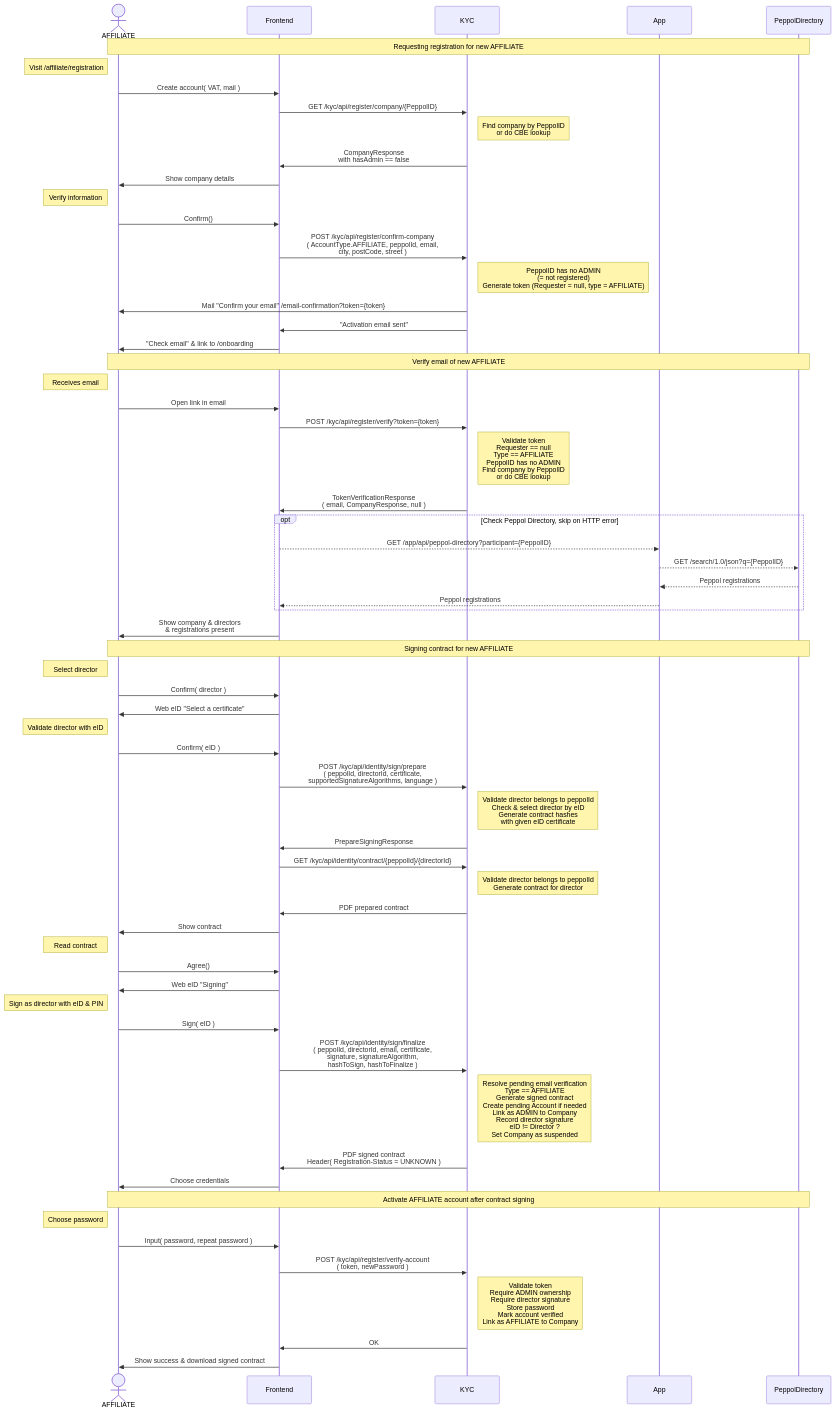
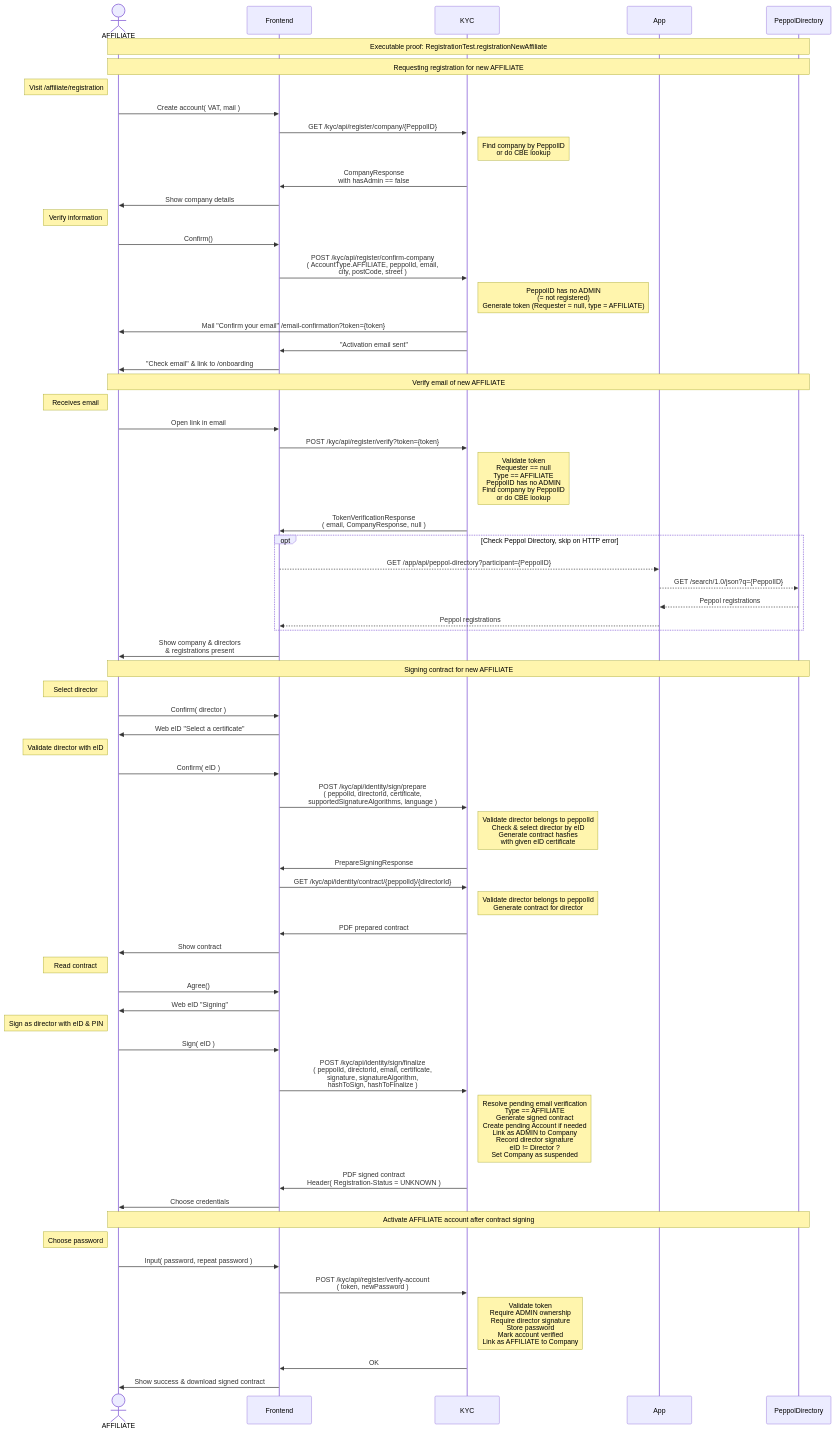
Before and after one commit to letspeppol/letspeppol: the diagram in readme/registration-new-affiliate.md, drawn with Mermaid. The commit also changed other lines of this file and 60 other files, not shown here.

````diff
--- a/readme/registration-new-affiliate.md
+++ b/readme/registration-new-affiliate.md
@@ -3,72 +5,74 @@
 ```mermaid
 sequenceDiagram
     actor AFFILIATE as AFFILIATE
     participant Frontend as Frontend
     participant KYC as KYC
     participant App as App
     participant PeppolDirectory as PeppolDirectory
+
+    Note over AFFILIATE, PeppolDirectory: Executable proof: RegistrationTest.registrationNewAffiliate
 
 Note over AFFILIATE, PeppolDirectory: Requesting registration for new AFFILIATE
     Note left of AFFILIATE: Visit /affiliate/registration
     AFFILIATE ->> Frontend: Create account( VAT, mail )
     Frontend ->> KYC: GET /kyc/api/register/company/{PeppolID}
     Note right of KYC: Find company by PeppolID <br> or do CBE lookup
     KYC ->> Frontend: CompanyResponse <br> with hasAdmin == false
     Frontend ->> AFFILIATE: Show company details
 
     Note left of AFFILIATE: Verify information
     AFFILIATE ->> Frontend: Confirm()
     Frontend ->> KYC: POST /kyc/api/register/confirm-company <br> ( AccountType.AFFILIATE, peppolId, email, <br> city, postCode, street )
     Note right of KYC: PeppolID has no ADMIN <br>(= not registered) <br> Generate token (Requester = null, type = AFFILIATE)
     KYC ->> AFFILIATE: Mail "Confirm your email" /email-confirmation?token={token}
     KYC ->> Frontend: "Activation email sent"
     Frontend ->> AFFILIATE: "Check email" & link to /onboarding
 
 Note over AFFILIATE, PeppolDirectory: Verify email of new AFFILIATE
     Note left of AFFILIATE: Receives email
     AFFILIATE ->> Frontend: Open link in email
     Frontend ->> KYC: POST /kyc/api/register/verify?token={token}
     Note right of KYC: Validate token <br> Requester == null <br> Type == AFFILIATE <br> PeppolID has no ADMIN <br> Find company by PeppolID <br> or do CBE lookup
     KYC ->> Frontend: TokenVerificationResponse <br> ( email, CompanyResponse, null )
     opt Check Peppol Directory, skip on HTTP error
         Frontend -->> App: GET /app/api/peppol-directory?participant={PeppolID}
         App -->> PeppolDirectory: GET /search/1.0/json?q={PeppolID}
         PeppolDirectory -->> App: Peppol registrations
         App -->> Frontend: Peppol registrations
     end
     Frontend ->> AFFILIATE: Show company & directors <br> & registrations present
 
 Note over AFFILIATE, PeppolDirectory: Signing contract for new AFFILIATE
     Note left of AFFILIATE: Select director
     AFFILIATE ->> Frontend: Confirm( director )
     Frontend ->> AFFILIATE: Web eID "Select a certificate"
 
     Note left of AFFILIATE: Validate director with eID
     AFFILIATE ->> Frontend: Confirm( eID )
     Frontend ->> KYC: POST /kyc/api/identity/sign/prepare <br> ( peppolId, directorId, certificate, <br> supportedSignatureAlgorithms, language )
     Note right of KYC: Validate director belongs to peppolId <br> Check & select director by eID <br> Generate contract hashes <br> with given eID certificate
     KYC ->> Frontend: PrepareSigningResponse
     Frontend ->> KYC: GET /kyc/api/identity/contract/{peppolId}/{directorId}
     Note right of KYC: Validate director belongs to peppolId <br> Generate contract for director
     KYC ->> Frontend: PDF prepared contract
     Frontend ->> AFFILIATE: Show contract
 
     Note left of AFFILIATE: Read contract
     AFFILIATE ->> Frontend: Agree()
     Frontend ->> AFFILIATE: Web eID "Signing"
 
     Note left of AFFILIATE: Sign as director with eID & PIN
     AFFILIATE ->> Frontend: Sign( eID )
     Frontend ->> KYC: POST /kyc/api/identity/sign/finalize <br> ( peppolId, directorId, email, certificate, <br> signature, signatureAlgorithm, <br> hashToSign, hashToFinalize )
     Note right of KYC: Resolve pending email verification <br> Type == AFFILIATE <br> Generate signed contract <br> Create pending Account if needed <br> Link as ADMIN to Company <br> Record director signature <br> eID != Director ? <br> Set Company as suspended
     KYC ->> Frontend: PDF signed contract <br> Header( Registration-Status = UNKNOWN )
     Frontend ->> AFFILIATE: Choose credentials
 
 Note over AFFILIATE, PeppolDirectory: Activate AFFILIATE account after contract signing
     Note left of AFFILIATE: Choose password
     AFFILIATE ->> Frontend: Input( password, repeat password )
     Frontend ->> KYC: POST /kyc/api/register/verify-account <br> ( token, newPassword )
     Note right of KYC: Validate token <br> Require ADMIN ownership <br> Require director signature <br> Store password <br> Mark account verified <br> Link as AFFILIATE to Company
     KYC ->> Frontend: OK
     Frontend ->> AFFILIATE: Show success & download signed contract
 ```
````
